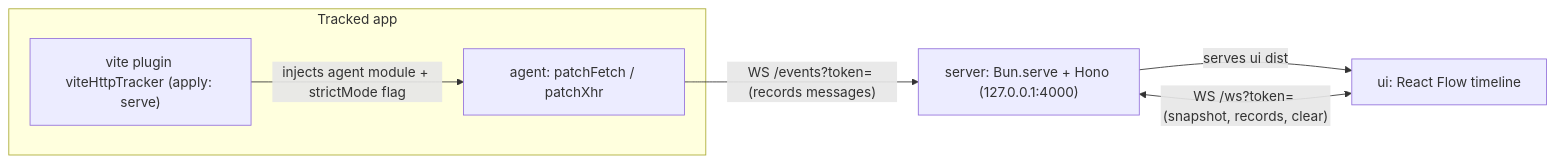
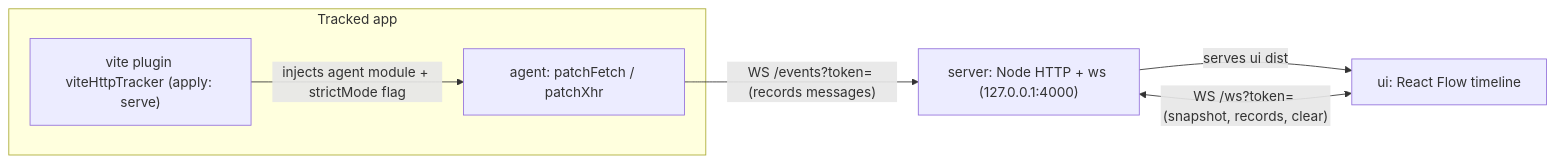
Before and after one commit to Lukasdias/vite-http-tracker: the diagram in AGENTS.md, drawn with Mermaid. The commit also changed other lines of this file and 21 other files, not shown here.

````diff
--- a/AGENTS.md
+++ b/AGENTS.md
@@ -49,13 +49,13 @@
 ```mermaid
 flowchart LR
   subgraph App["Tracked app"]
     P["vite plugin viteHttpTracker (apply: serve)"]
     A["agent: patchFetch / patchXhr"]
   end
-  S["server: Bun.serve + Hono (127.0.0.1:4000)"]
+  S["server: Node HTTP + ws (127.0.0.1:4000)"]
   U["ui: React Flow timeline"]
   A -- "WS /events?token= (records messages)" --> S
   P -- injects agent module + strictMode flag --> A
   U -- "WS /ws?token= (snapshot, records, clear)" <--> S
   S -- serves ui dist --> U
 ```
````
